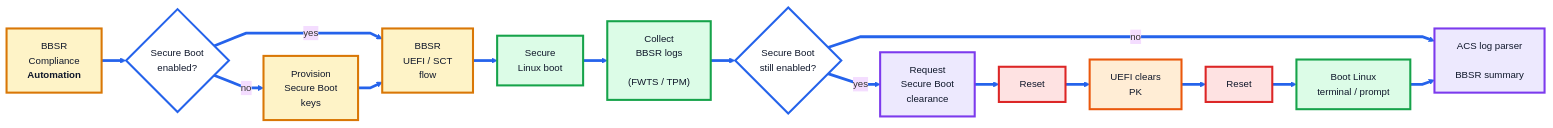
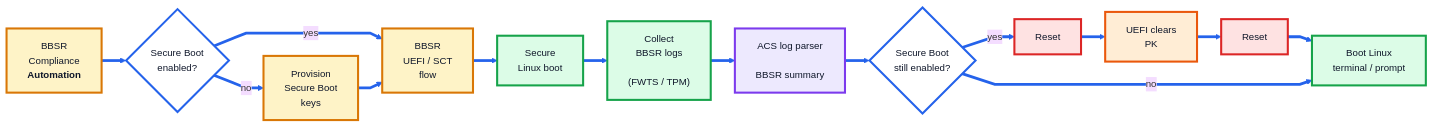
One commit to manjunath3divakar/arm-systemready changed the eighth of 8 diagrams in docs/systemredy_devicetree_band_flow.md. Above: the diagram before and after it, drawn with Mermaid. The commit also changed other lines of this file, not shown here.

First line of the commit message:
Refactor SystemReady Devicetree Band flow documentation

````diff
--- a/docs/systemredy_devicetree_band_flow.md
+++ b/docs/systemredy_devicetree_band_flow.md
@@ -374,57 +416,56 @@
 ```mermaid
 %%{init: {
   "theme": "base",
   "flowchart": {
     "curve": "linear",
     "nodeSpacing": 25,
     "rankSpacing": 35
   },
   "themeVariables": {
     "fontFamily": "Arial",
     "fontSize": "14px",
     "primaryBorderColor": "#0f172a",
     "lineColor": "#2563eb",
     "tertiaryColor": "#ffffff"
   }
 }}%%
 
 flowchart LR
 
     linkStyle default stroke:#2563eb,stroke-width:4px;
 
     A["BBSR<br/>Compliance<br/><b>Automation</b>"]
     A --> B{"Secure Boot<br/>enabled?"}
 
     B -->|"yes"| D["BBSR<br/>UEFI / SCT<br/>flow"]
     B -->|"no"| C["Provision<br/>Secure Boot<br/>keys"]
 
     C --> D
 
     D --> E["Secure<br/>Linux boot"]
     E --> F["Collect<br/>BBSR logs<br/><br/>(FWTS / TPM)"]
+    F --> G["ACS log parser<br/><br/>BBSR summary"]
 
-    F --> G{"Secure Boot<br/>still enabled?"}
-    G -->|"yes"| H["Request<br/>Secure Boot<br/>clearance"]
-    G -->|"no"| M["ACS log parser<br/><br/>BBSR summary"]
+    G --> H{"Secure Boot<br/>still enabled?"}
 
-    H --> R1["Reset"]
+    H -->|"yes"| R1["Reset"]
     R1 --> I["UEFI clears<br/>PK"]
     I --> R2["Reset"]
     R2 --> J["Boot Linux<br/>terminal / prompt"]
 
-    J --> M
+    H -->|"no"| J
 
     classDef bbsr fill:#fef3c7,stroke:#d97706,stroke-width:3px,color:#0f172a;
     classDef decision fill:#ffffff,stroke:#2563eb,stroke-width:3px,color:#0f172a;
     classDef linux fill:#dcfce7,stroke:#16a34a,stroke-width:3px,color:#0f172a;
     classDef reboot fill:#fee2e2,stroke:#dc2626,stroke-width:3px,color:#0f172a;
     classDef uefi fill:#ffedd5,stroke:#ea580c,stroke-width:3px,color:#0f172a;
     classDef result fill:#ede9fe,stroke:#7c3aed,stroke-width:3px,color:#0f172a;
 
     class A,C,D bbsr;
-    class B,G decision;
+    class B,H decision;
     class E,F,J linux;
-    class H,M result;
+    class G result;
     class R1,R2 reboot;
     class I uefi;
 ```
````
